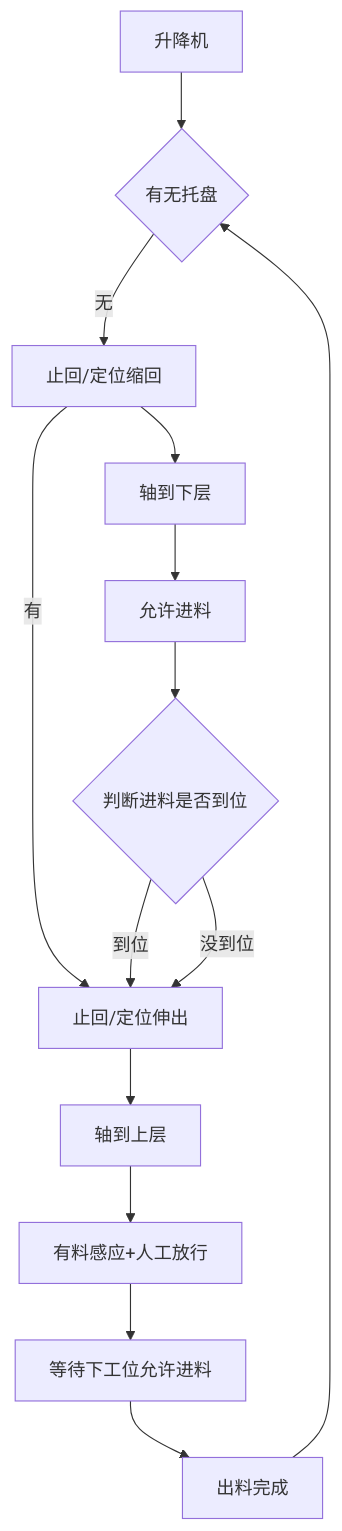
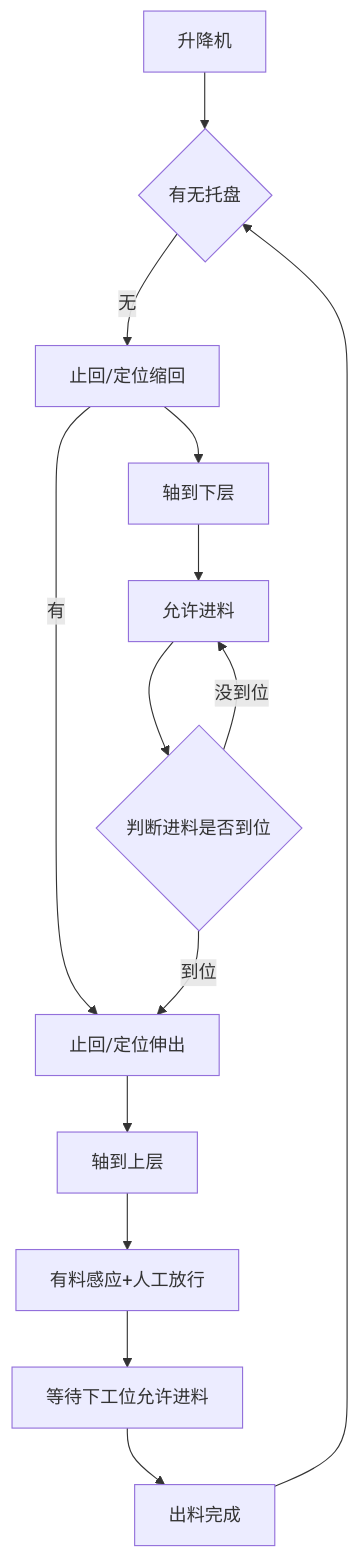
The diagram in all/升降台.md (PengKun1/iodraw-files), drawn with Mermaid before and after one commit.

Commit message:
2024-12-23 11:30:47 update

````diff
--- a/all/升降台.md
+++ b/all/升降台.md
@@ -1,16 +1,16 @@
 ```mermaid
 graph TD
 0[升降机]-->10
 10{有无托盘}-->|无|20
 20-->|有|60
 20[止回/定位缩回]-->30
 30[轴到下层]-->40
 40[允许进料]-->50
 50{判断进料是否到位}-->|到位|60
-50-->|没到位|60
+50-->|没到位|40
 60[止回/定位伸出]-->70
 70[轴到上层]-->80
 80[有料感应+人工放行]-->90
 90[等待下工位允许进料]-->100
 100[出料完成]-->10
 ```
````
